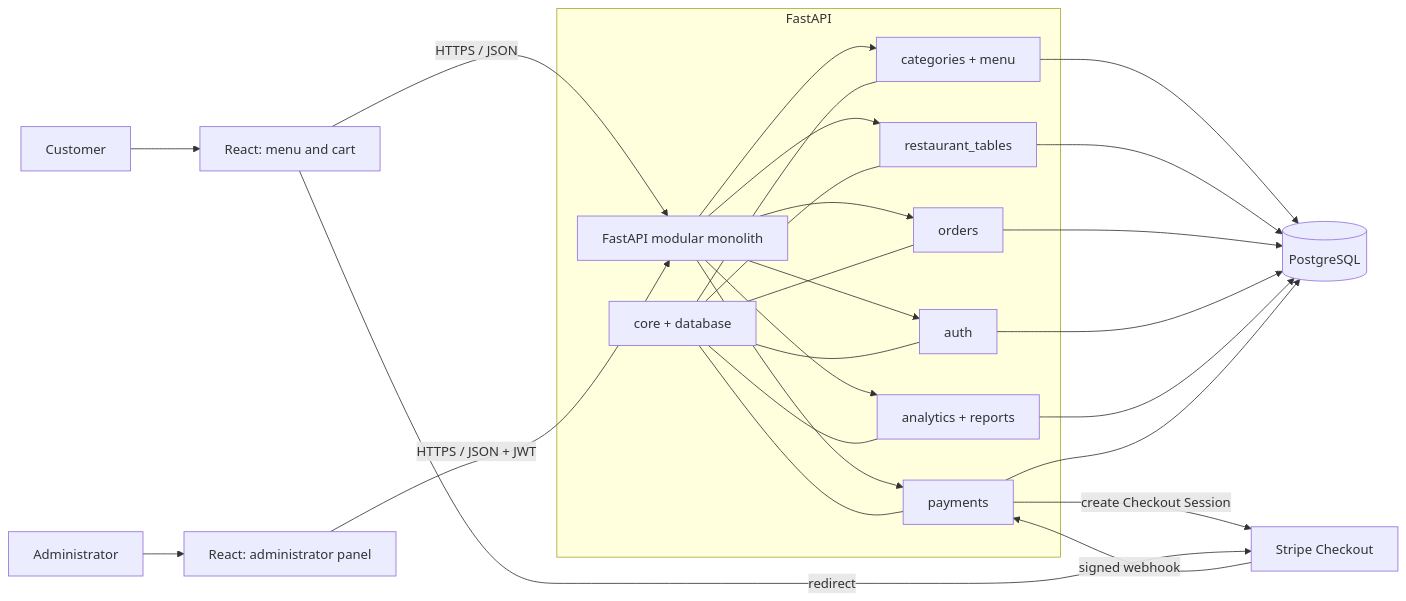
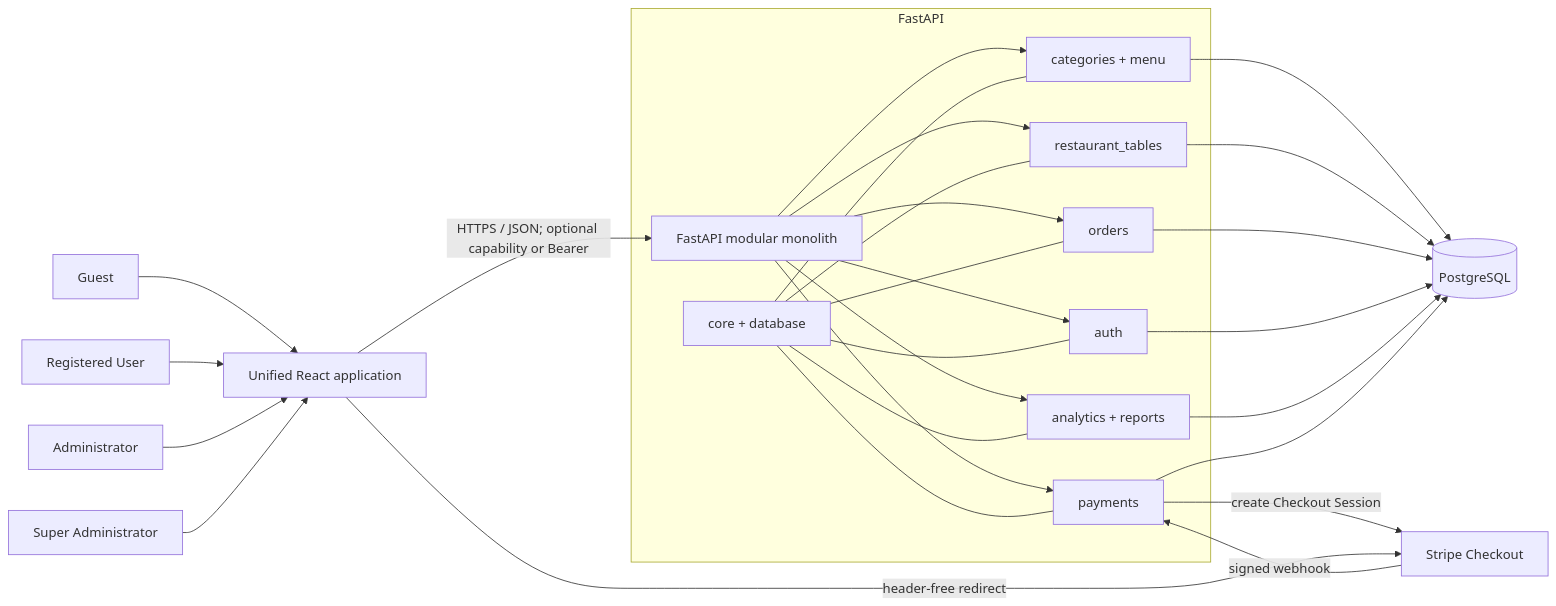
Before and after one commit to kamilSarbian/Restaurant_Ordering_Analytics: the third of 3 diagrams in docs/ARCHITECTURE.md, drawn with Mermaid. The commit also changed other lines of this file and 77 other files, not shown here.

Commit message:
feat: add unified auth account and user management frontend

````diff
--- a/docs/ARCHITECTURE.md
+++ b/docs/ARCHITECTURE.md
@@ -1032,34 +1125,35 @@
 ```mermaid
 flowchart LR
-    Customer[Customer] --> ClientUI[React: menu and cart]
-    Admin[Administrator] --> AdminUI[React: administrator panel]
+    Guest[Guest] --> UI[Unified React application]
+    User[Registered User] --> UI
+    Admin[Administrator] --> UI
+    SuperAdmin[Super Administrator] --> UI
 
-    ClientUI -->|HTTPS / JSON| API[FastAPI modular monolith]
-    AdminUI -->|HTTPS / JSON + JWT| API
+    UI -->|HTTPS / JSON; optional capability or Bearer| API[FastAPI modular monolith]
 
     subgraph Backend[FastAPI]
         API --> Auth[auth]
         API --> Catalog[categories + menu]
         API --> Tables[restaurant_tables]
         API --> Orders[orders]
         API --> Payments[payments]
         API --> Analytics[analytics + reports]
         Core[core + database] --- Auth
         Core --- Catalog
         Core --- Tables
         Core --- Orders
         Core --- Payments
         Core --- Analytics
     end
 
     Catalog --> DB[(PostgreSQL)]
     Tables --> DB
     Orders --> DB
     Auth --> DB
     Analytics --> DB
     Payments --> DB
 
     Payments -->|create Checkout Session| Stripe[Stripe Checkout]
-    ClientUI -->|redirect| Stripe
+    UI -->|header-free redirect| Stripe
     Stripe -->|signed webhook| Payments
 ```
````
